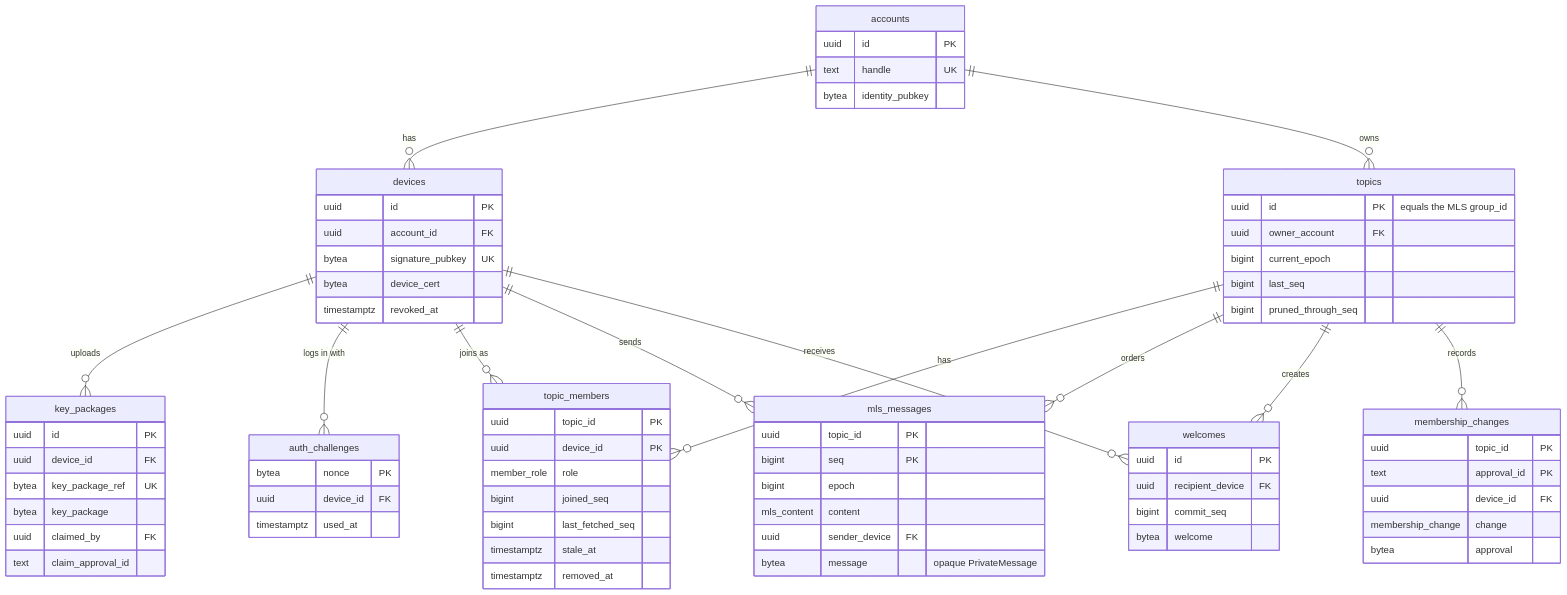
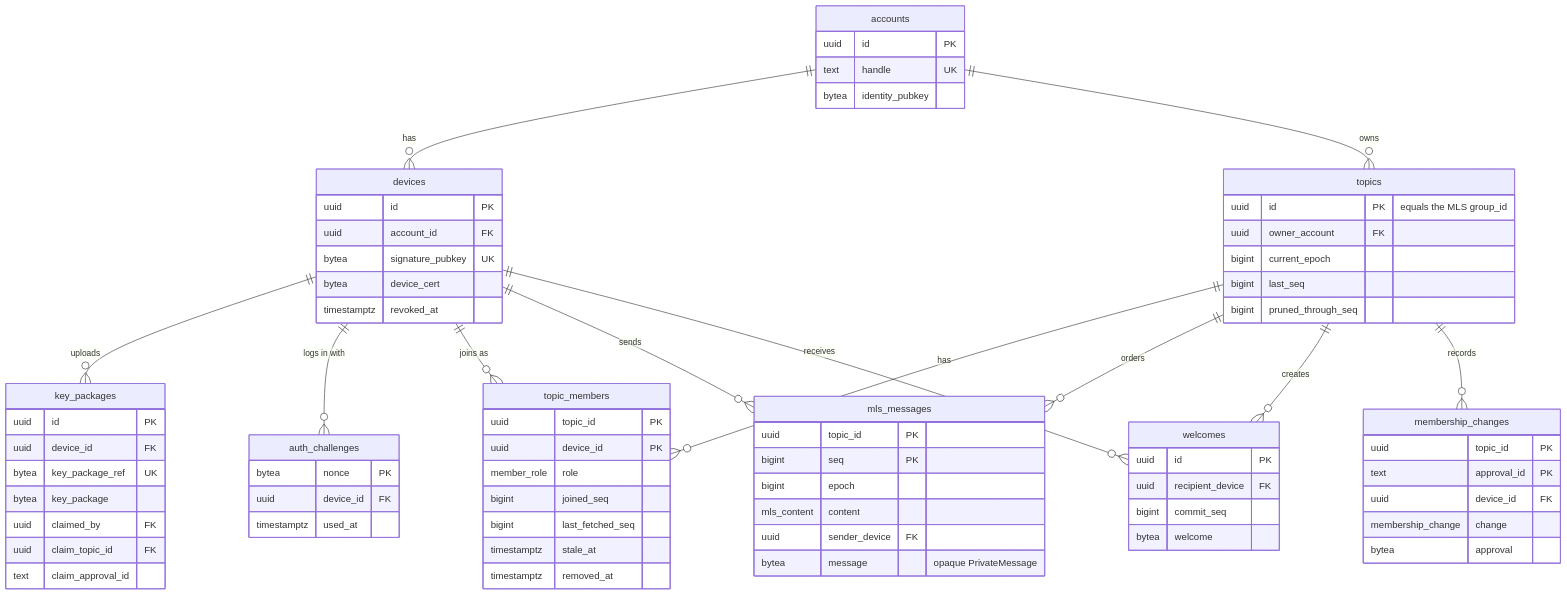
Before and after one commit to Sadat97/agent-bridge: the fourth of 9 diagrams in docs/DESIGN.md, drawn with Mermaid. The commit also changed other lines of this file and 10 other files, not shown here.

````diff
--- a/docs/DESIGN.md
+++ b/docs/DESIGN.md
@@ -489,77 +489,78 @@
 ```mermaid
 erDiagram
   accounts ||--o{ devices : "has"
   accounts ||--o{ topics : "owns"
   devices ||--o{ key_packages : "uploads"
   devices ||--o{ auth_challenges : "logs in with"
   topics ||--o{ topic_members : "has"
   devices ||--o{ topic_members : "joins as"
   topics ||--o{ mls_messages : "orders"
   devices ||--o{ mls_messages : "sends"
   topics ||--o{ welcomes : "creates"
   devices ||--o{ welcomes : "receives"
   topics ||--o{ membership_changes : "records"
 
   accounts {
     uuid id PK
     text handle UK
     bytea identity_pubkey
   }
   devices {
     uuid id PK
     uuid account_id FK
     bytea signature_pubkey UK
     bytea device_cert
     timestamptz revoked_at
   }
   key_packages {
     uuid id PK
     uuid device_id FK
     bytea key_package_ref UK
     bytea key_package
     uuid claimed_by FK
+    uuid claim_topic_id FK
     text claim_approval_id
   }
   auth_challenges {
     bytea nonce PK
     uuid device_id FK
     timestamptz used_at
   }
   topics {
     uuid id PK "equals the MLS group_id"
     uuid owner_account FK
     bigint current_epoch
     bigint last_seq
     bigint pruned_through_seq
   }
   topic_members {
     uuid topic_id PK
     uuid device_id PK
     member_role role
     bigint joined_seq
     bigint last_fetched_seq
     timestamptz stale_at
     timestamptz removed_at
   }
   mls_messages {
     uuid topic_id PK
     bigint seq PK
     bigint epoch
     mls_content content
     uuid sender_device FK
     bytea message "opaque PrivateMessage"
   }
   welcomes {
     uuid id PK
     uuid recipient_device FK
     bigint commit_seq
     bytea welcome
   }
   membership_changes {
     uuid topic_id PK
     text approval_id PK
     uuid device_id FK
     membership_change change
     bytea approval
   }
 ```
````
